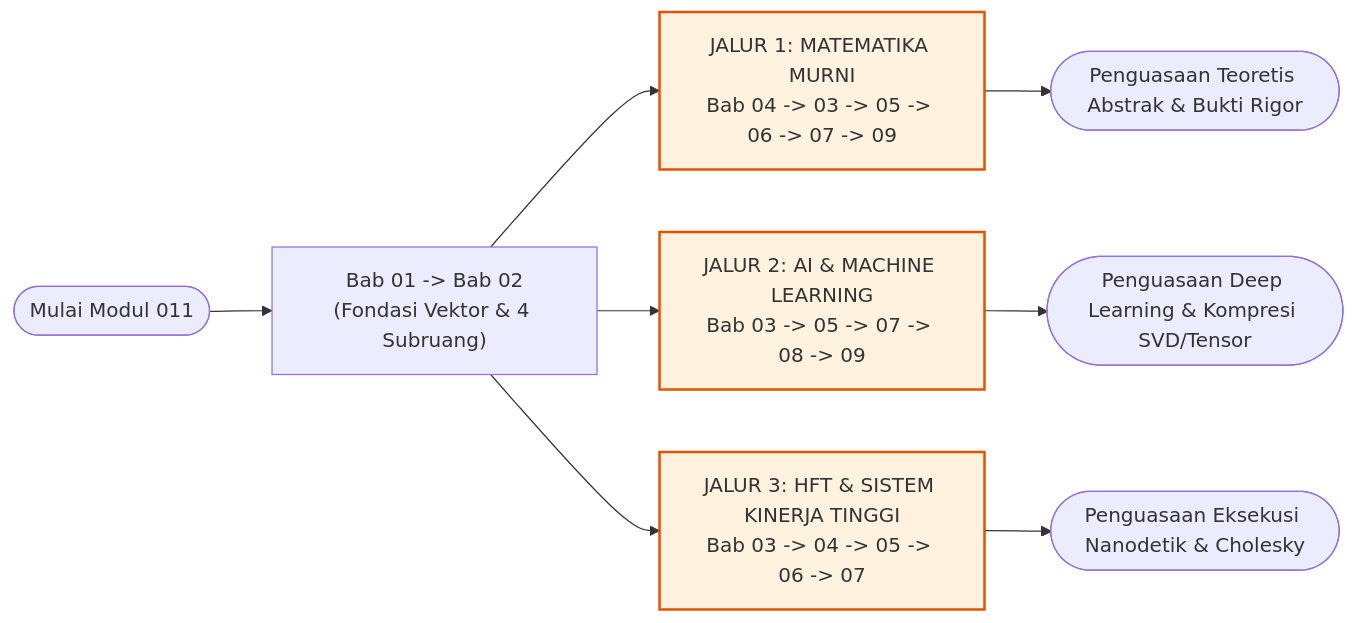
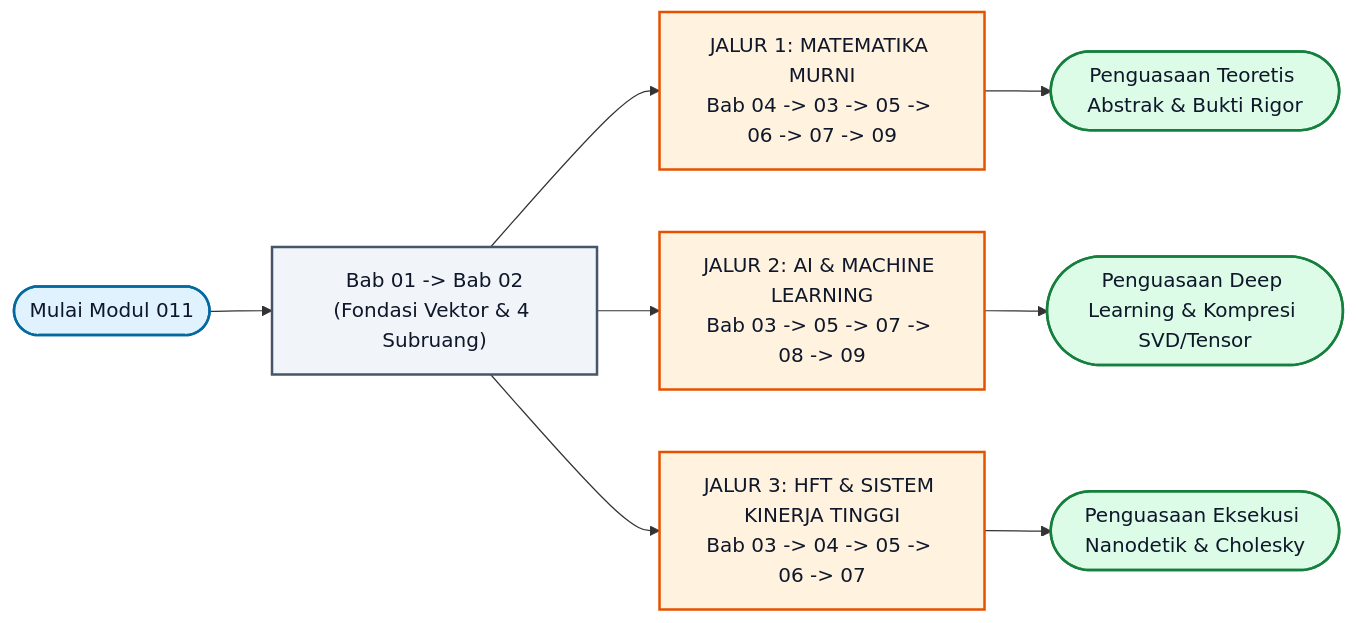
The second of 2 diagrams in curriculum/01-fondasi-matematika/011-aljabar-linier-teori-matriks/README.md (Rizki2204/ultimate-learning-paths), drawn with Mermaid before and after one commit. The commit also changed other lines of this file and 13 other files, not shown here.

First line of the commit message:
fix(pilot-011): standardize GitHub Markdown math rendering and mermaid contrast

````diff
--- a/curriculum/01-fondasi-matematika/011-aljabar-linier-teori-matriks/README.md
+++ b/curriculum/01-fondasi-matematika/011-aljabar-linier-teori-matriks/README.md
@@ -252,15 +265,22 @@
 ```mermaid
 flowchart LR
     Start(["Mulai Modul 011"]) --> Core["Bab 01 -> Bab 02<br>(Fondasi Vektor & 4 Subruang)"]
 
     Core --> PMath["JALUR 1: MATEMATIKA MURNI<br>Bab 04 -> 03 -> 05 -> 06 -> 07 -> 09"]
     Core --> PAIEng["JALUR 2: AI & MACHINE LEARNING<br>Bab 03 -> 05 -> 07 -> 08 -> 09"]
     Core --> PHFT["JALUR 3: HFT & SISTEM KINERJA TINGGI<br>Bab 03 -> 04 -> 05 -> 06 -> 07"]
 
     PMath --> MasteryMath(["Penguasaan Teoretis Abstrak & Bukti Rigor"])
     PAIEng --> MasteryAI(["Penguasaan Deep Learning & Kompresi SVD/Tensor"])
     PHFT --> MasteryHFT(["Penguasaan Eksekusi Nanodetik & Cholesky"])
 
-    classDef path fill:#fff3e0,stroke:#e65100,stroke-width:2px;
+    classDef startNode fill:#e0f2fe,stroke:#0369a1,stroke-width:2px,color:#0f172a;
+    classDef coreNode fill:#f1f5f9,stroke:#475569,stroke-width:2px,color:#0f172a;
+    classDef path fill:#fff3e0,stroke:#e65100,stroke-width:2px,color:#0f172a;
+    classDef mastery fill:#dcfce7,stroke:#15803d,stroke-width:2px,color:#0f172a;
+
+    class Start startNode;
+    class Core coreNode;
     class PMath,PAIEng,PHFT path;
+    class MasteryMath,MasteryAI,MasteryHFT mastery;
 ```
````
